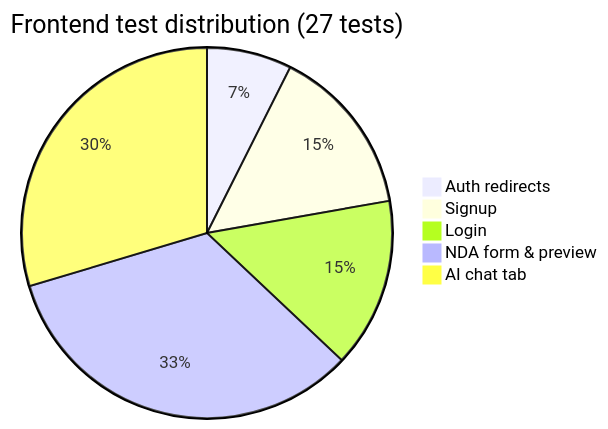
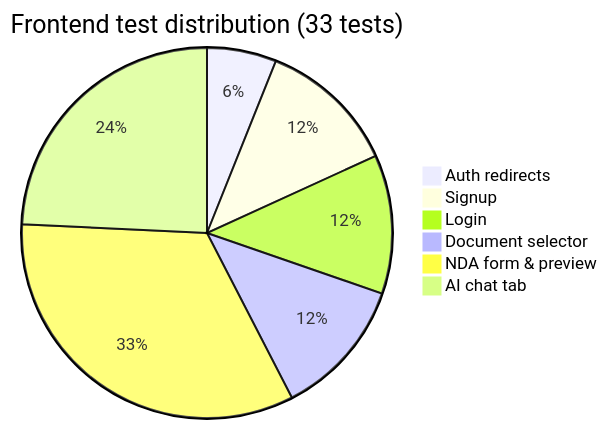
The third of 6 diagrams in docs/test-coverage-report.md (shaynemeyer/prelegal), drawn with Mermaid before and after one commit. The commit also changed other lines of this file, not shown here.

First line of the commit message:
docs: update README and test coverage report for PL-6

````diff
--- a/docs/test-coverage-report.md
+++ b/docs/test-coverage-report.md
@@ -84,8 +91,9 @@
 ```mermaid
-pie title Frontend test distribution (27 tests)
+pie title Frontend test distribution (33 tests)
     "Auth redirects" : 2
     "Signup" : 4
     "Login" : 4
-    "NDA form & preview" : 9
+    "Document selector" : 4
+    "NDA form & preview" : 11
     "AI chat tab" : 8
 ```
````
